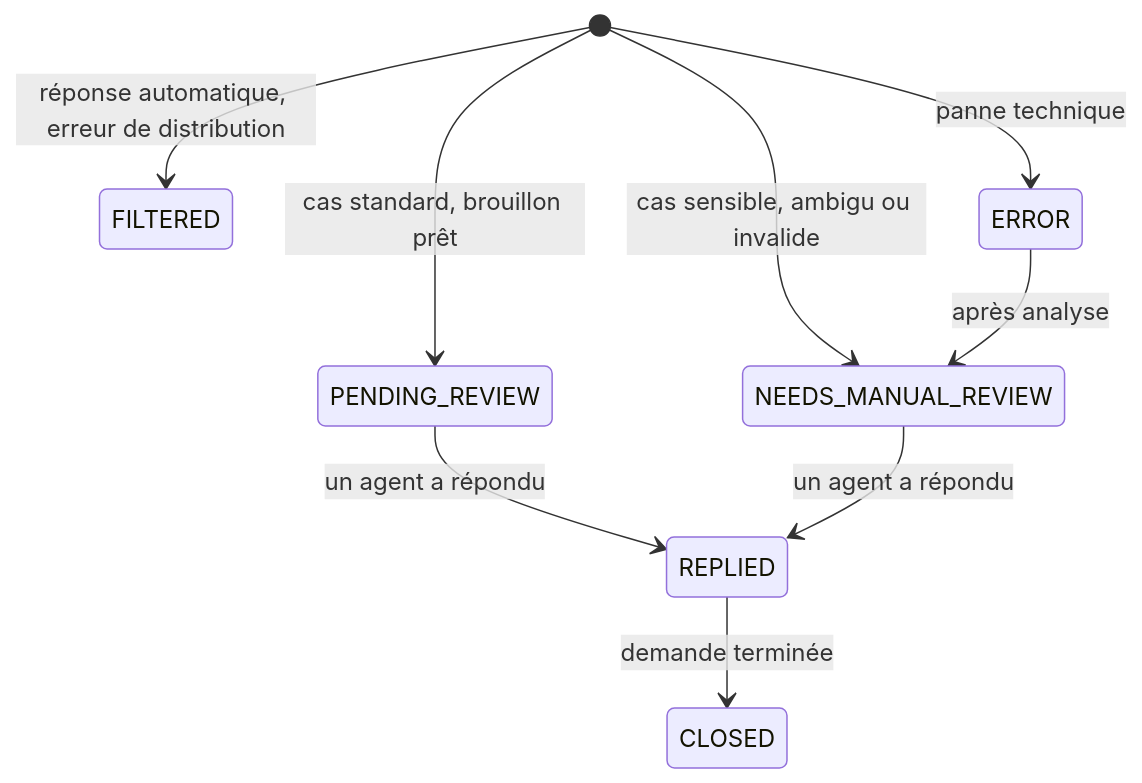
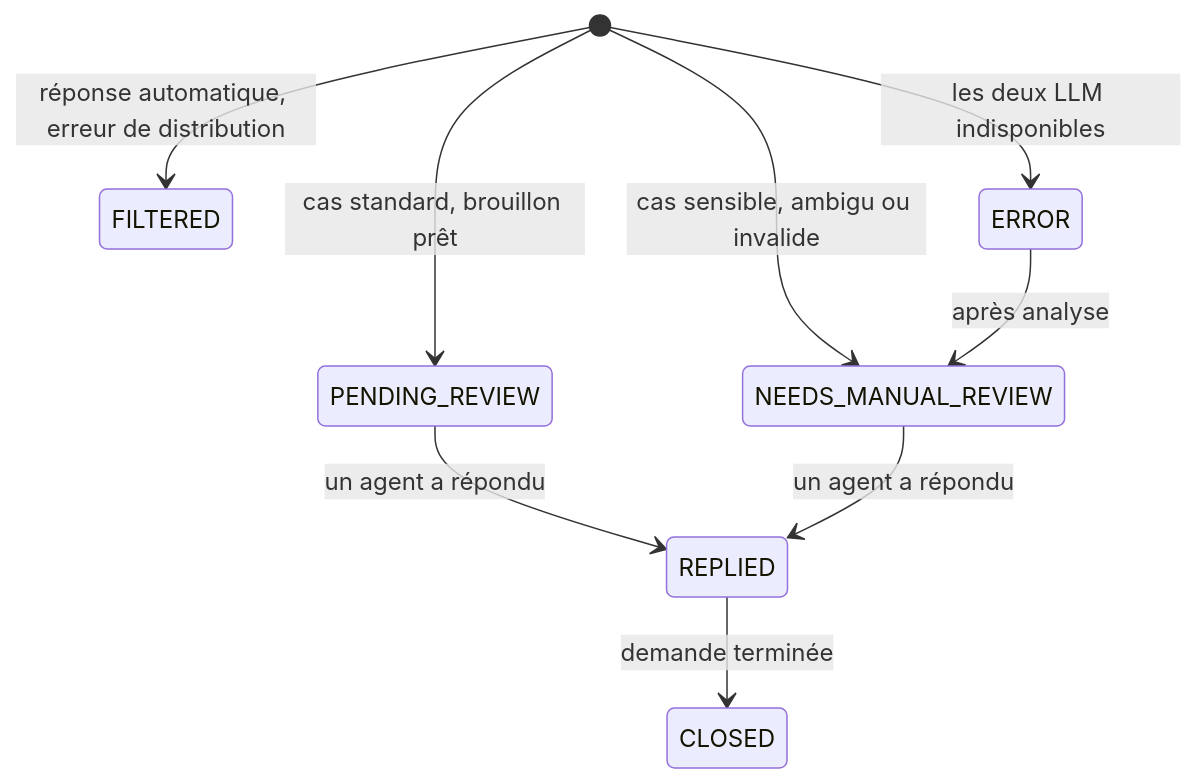
The fourth of 8 diagrams in docs/cdc.md (ToandroMananjara/ai-business-automation-n8n), drawn with Mermaid before and after one commit. The commit also changed other lines of this file and 2 other files, not shown here.

Commit message:
docs: document Slack alerts and error handling

````diff
--- a/docs/cdc.md
+++ b/docs/cdc.md
@@ -416,11 +421,11 @@
 ```mermaid
 stateDiagram-v2
     [*] --> FILTERED : réponse automatique, erreur de distribution
     [*] --> PENDING_REVIEW : cas standard, brouillon prêt
     [*] --> NEEDS_MANUAL_REVIEW : cas sensible, ambigu ou invalide
-    [*] --> ERROR : panne technique
+    [*] --> ERROR : les deux LLM indisponibles
     ERROR --> NEEDS_MANUAL_REVIEW : après analyse
     PENDING_REVIEW --> REPLIED : un agent a répondu
     NEEDS_MANUAL_REVIEW --> REPLIED : un agent a répondu
     REPLIED --> CLOSED : demande terminée
 ```
````
